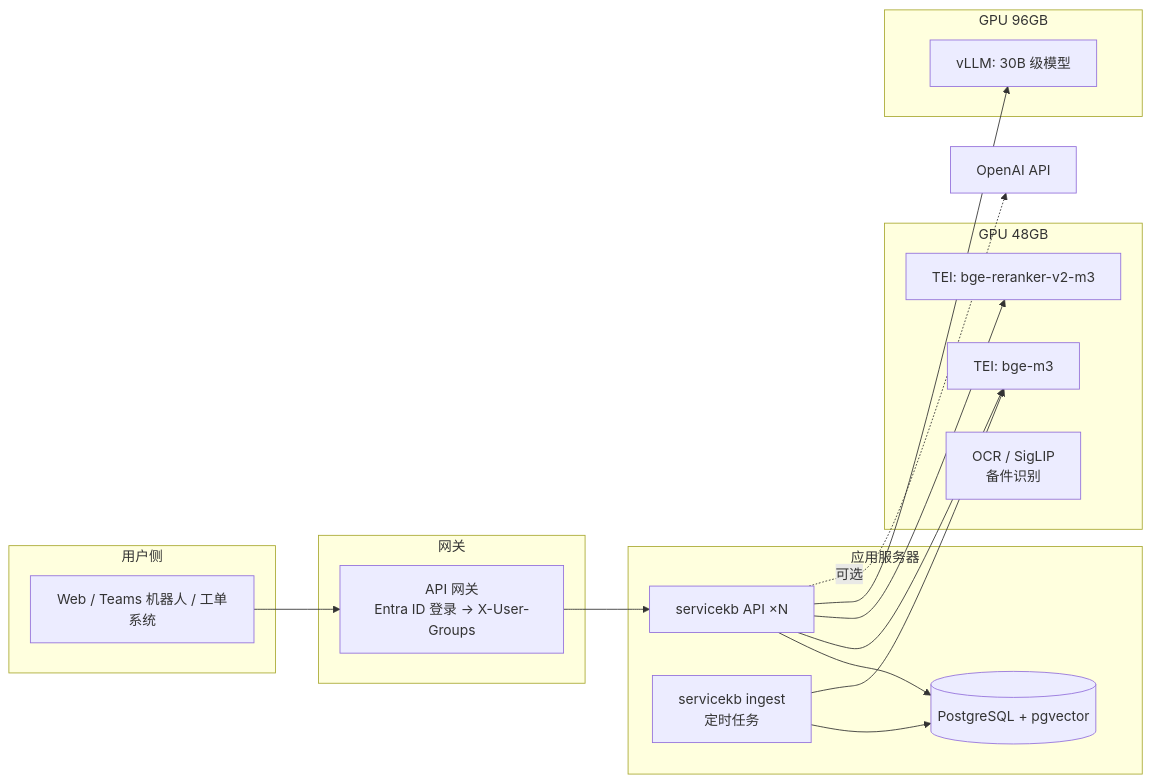
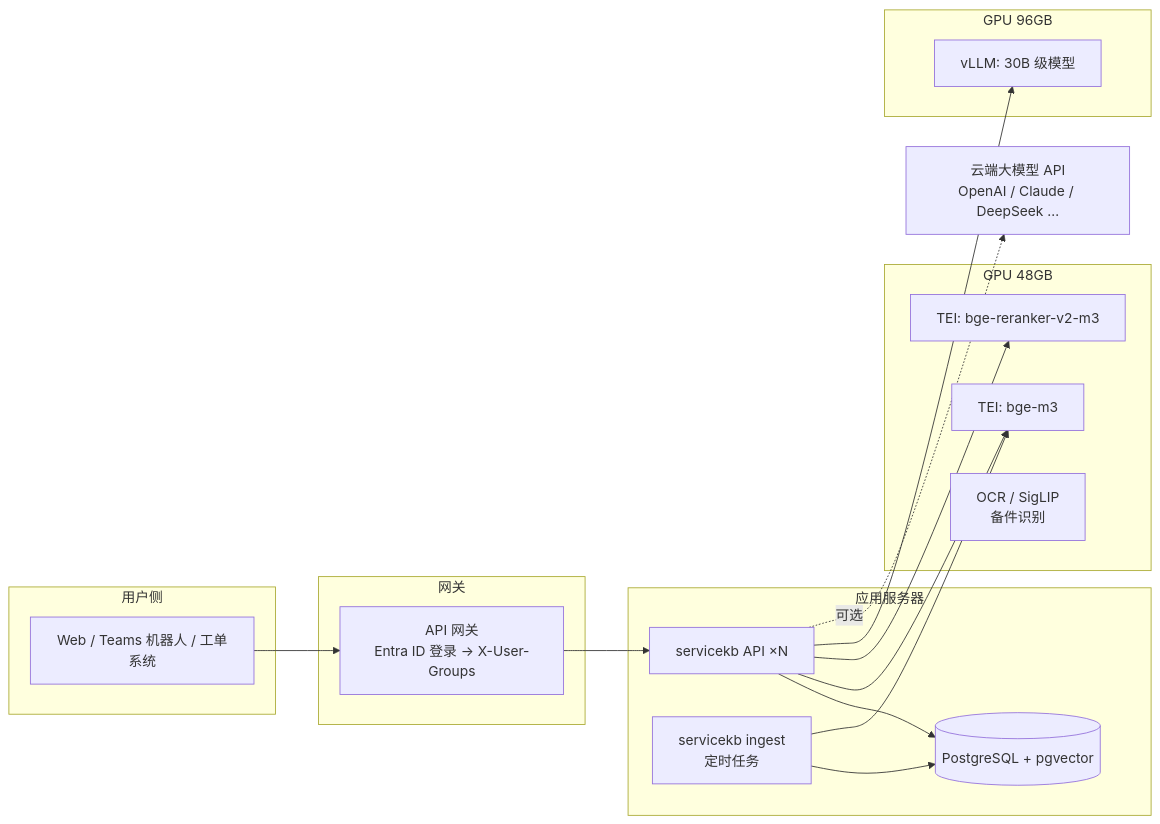
Before and after one commit to HenryVarro666/servicekb-rag: the diagram in docs/06_deployment.md, drawn with Mermaid. The commit also changed other lines of this file and 18 other files, not shown here.

````diff
--- a/docs/06_deployment.md
+++ b/docs/06_deployment.md
@@ -5,28 +5,28 @@
 ```mermaid
 flowchart LR
     subgraph 用户侧
         U1[Web / Teams 机器人 / 工单系统]
     end
     subgraph 网关
         GW[API 网关<br/>Entra ID 登录 → X-User-Groups]
     end
     subgraph 应用服务器
         API[servicekb API ×N]
         JOB[servicekb ingest<br/>定时任务]
         PG[(PostgreSQL + pgvector)]
     end
     subgraph GPU 48GB
         TE[TEI: bge-m3]
         TR[TEI: bge-reranker-v2-m3]
         OCR[OCR / SigLIP<br/>备件识别]
     end
     subgraph GPU 96GB
         VLLM[vLLM: 30B 级模型]
     end
-    EXT[OpenAI API]
+    EXT[云端大模型 API<br/>OpenAI / Claude / DeepSeek …]
     U1 --> GW --> API
     API --> PG & TE & TR
     API --> VLLM
     API -.->|可选| EXT
     JOB --> PG & TE
 ```
````
